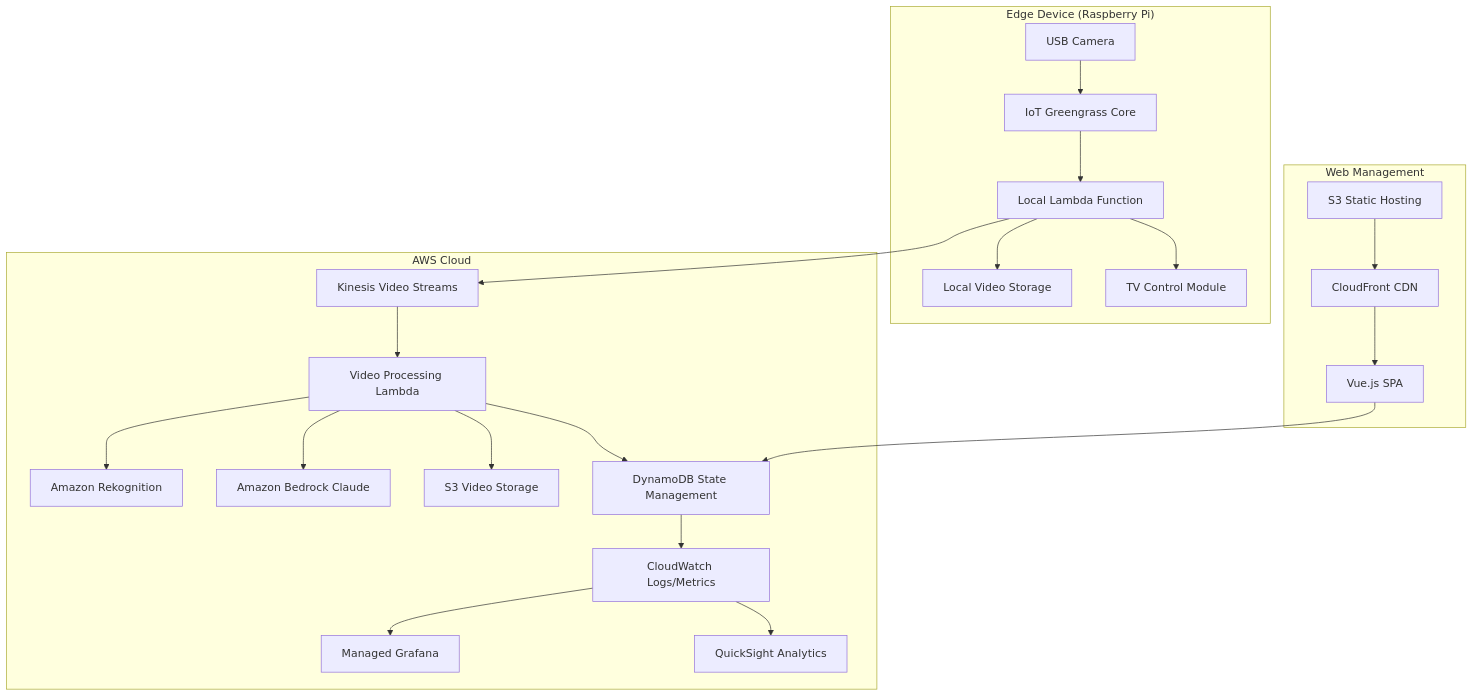
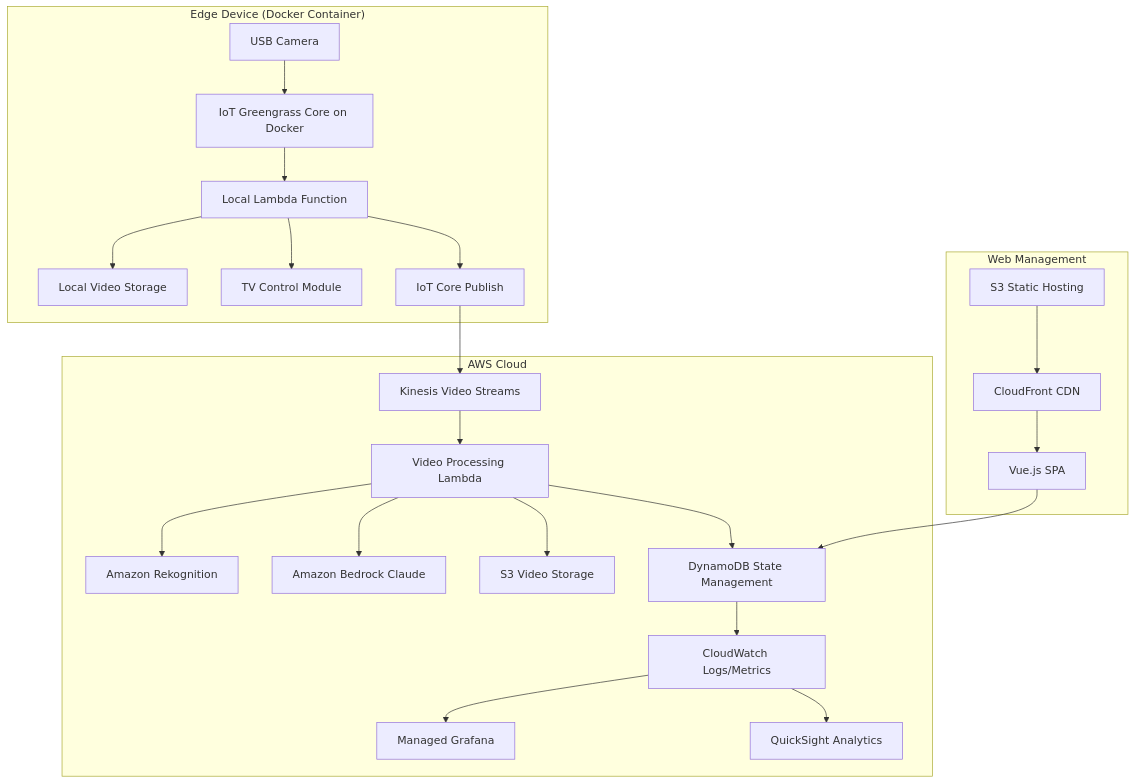
Before and after one commit to ikeom-je/NoEatToStop: the diagram in .kiro/specs/design.md, drawn with Mermaid. The commit also changed other lines of this file and 15 other files, not shown here.

First line of the commit message:
feat(edge): implement Docker-based edge processing with IoT Core integration

````diff
--- a/.kiro/specs/design.md
+++ b/.kiro/specs/design.md
@@ -14,48 +14,50 @@
 ```mermaid
 graph TB
-    subgraph "Edge Device (Raspberry Pi)"
+    subgraph "Edge Device (Docker Container)"
         Camera[USB Camera]
-        GG[IoT Greengrass Core]
+        GG[IoT Greengrass Core on Docker]
         LocalLambda[Local Lambda Function]
         LocalStorage[Local Video Storage]
         TVControl[TV Control Module]
+        IoTCorePub[IoT Core Publish]
     end
     
     subgraph "AWS Cloud"
         KVS[Kinesis Video Streams]
         Rekognition[Amazon Rekognition]
         Bedrock[Amazon Bedrock Claude]
         ProcessingLambda[Video Processing Lambda]
         S3Video[S3 Video Storage]
         DynamoDB[DynamoDB State Management]
         CloudWatch[CloudWatch Logs/Metrics]
         Grafana[Managed Grafana]
         QuickSight[QuickSight Analytics]
     end
     
     subgraph "Web Management"
         S3Web[S3 Static Hosting]
         CloudFront[CloudFront CDN]
         VueApp[Vue.js SPA]
     end
     
     Camera --> GG
     GG --> LocalLambda
     LocalLambda --> LocalStorage
     LocalLambda --> TVControl
-    LocalLambda --> KVS
+    LocalLambda --> IoTCorePub
+    IoTCorePub --> KVS
     
     KVS --> ProcessingLambda
     ProcessingLambda --> Rekognition
     ProcessingLambda --> Bedrock
     ProcessingLambda --> S3Video
     ProcessingLambda --> DynamoDB
     
     DynamoDB --> CloudWatch
     CloudWatch --> Grafana
     CloudWatch --> QuickSight
     
     S3Web --> CloudFront
     CloudFront --> VueApp
     VueApp --> DynamoDB
 ```
````
